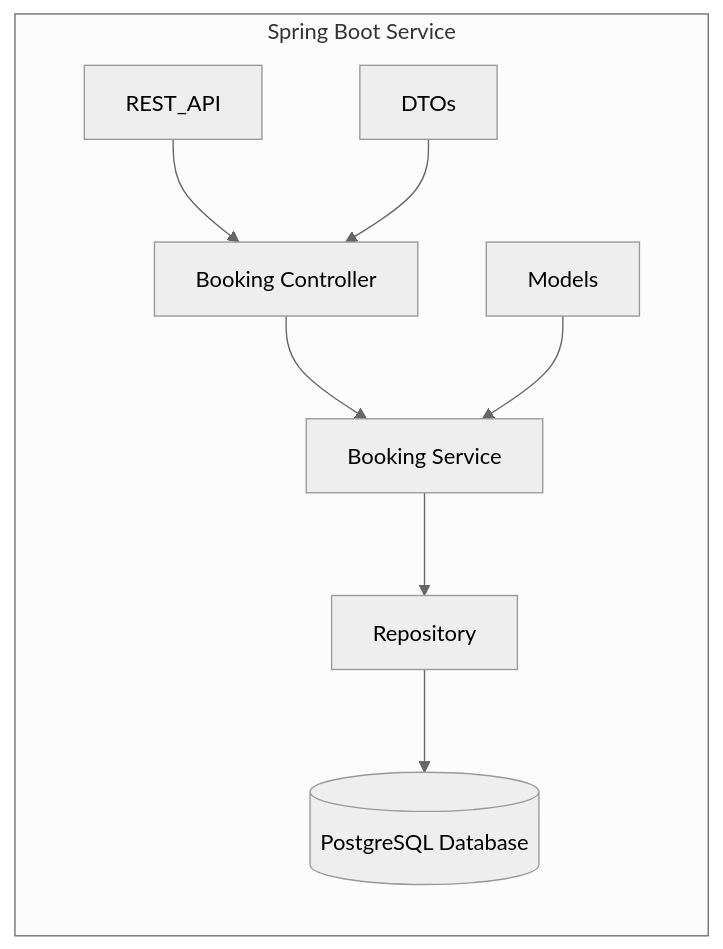
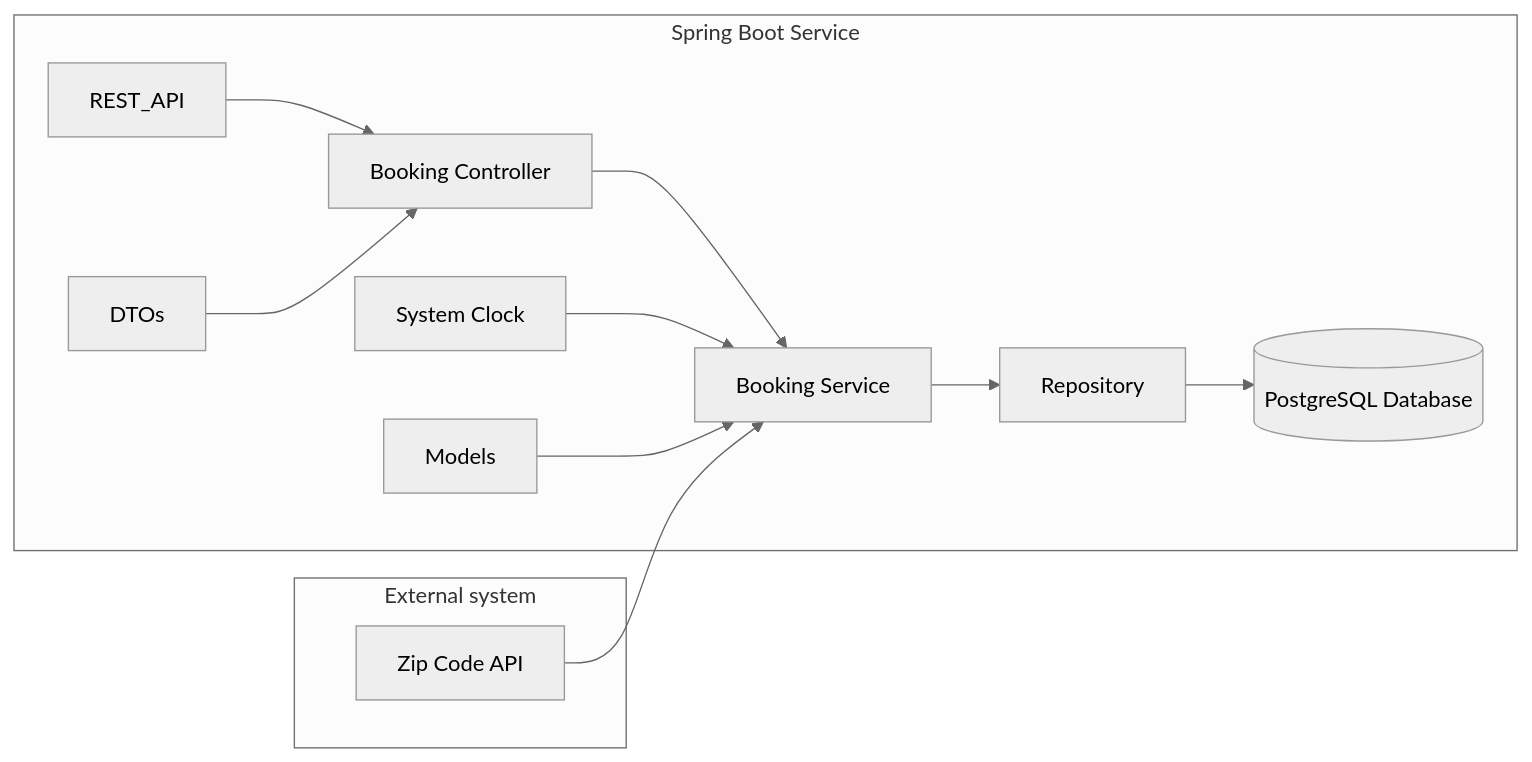
One commit to RomainChamb/bike-reservation-system changed the diagram in README.md. Above: the diagram before and after it, drawn with Mermaid (neutral theme). The commit also changed other lines of this file and 18 other files, not shown here.

````diff
--- a/README.md
+++ b/README.md
@@ -37,11 +38,16 @@
 ```mermaid
 graph LR
+    subgraph "External system" 
+        K[Zip Code API]
+    end
     subgraph "Spring Boot Service"
         REST_API --> D[Booking Controller]
         E[DTOs] --> D
         D --> F[Booking Service]
+        J[System Clock] --> F
         G[Models] --> F
         F --> H[Repository]
         H --> I[(PostgreSQL Database)]
     end
+    K --> F
 ```
````
